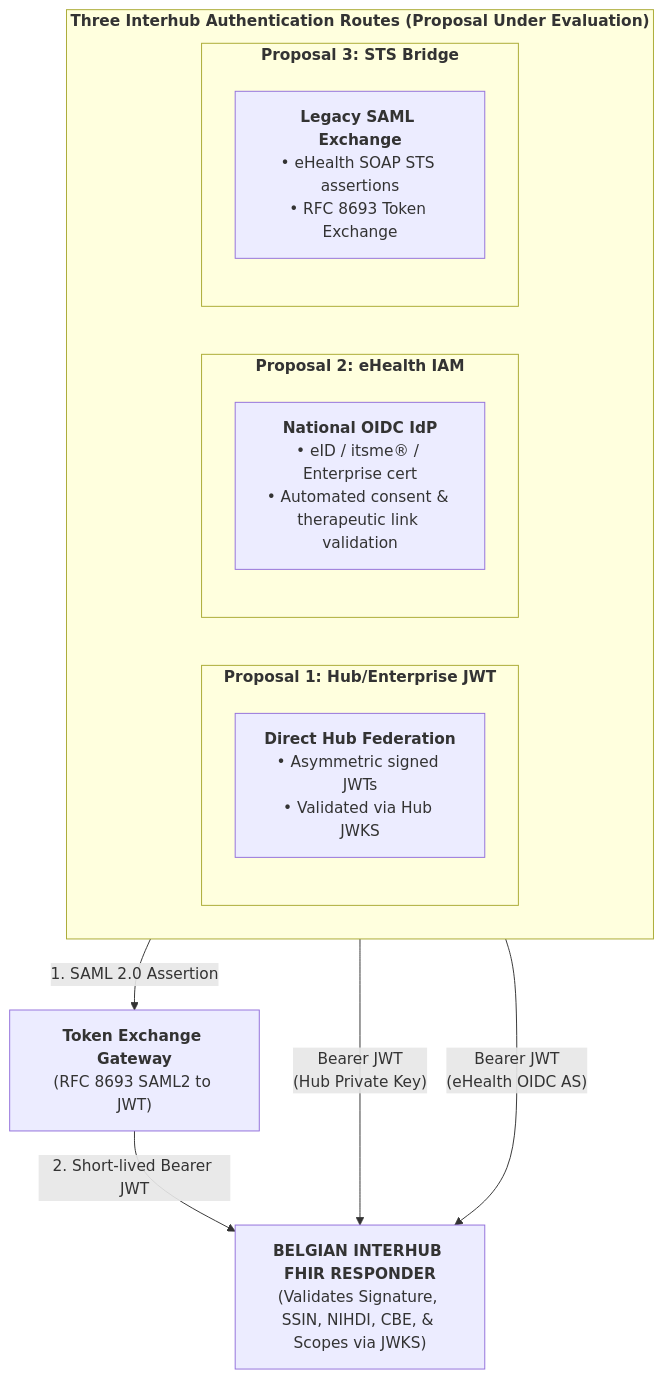
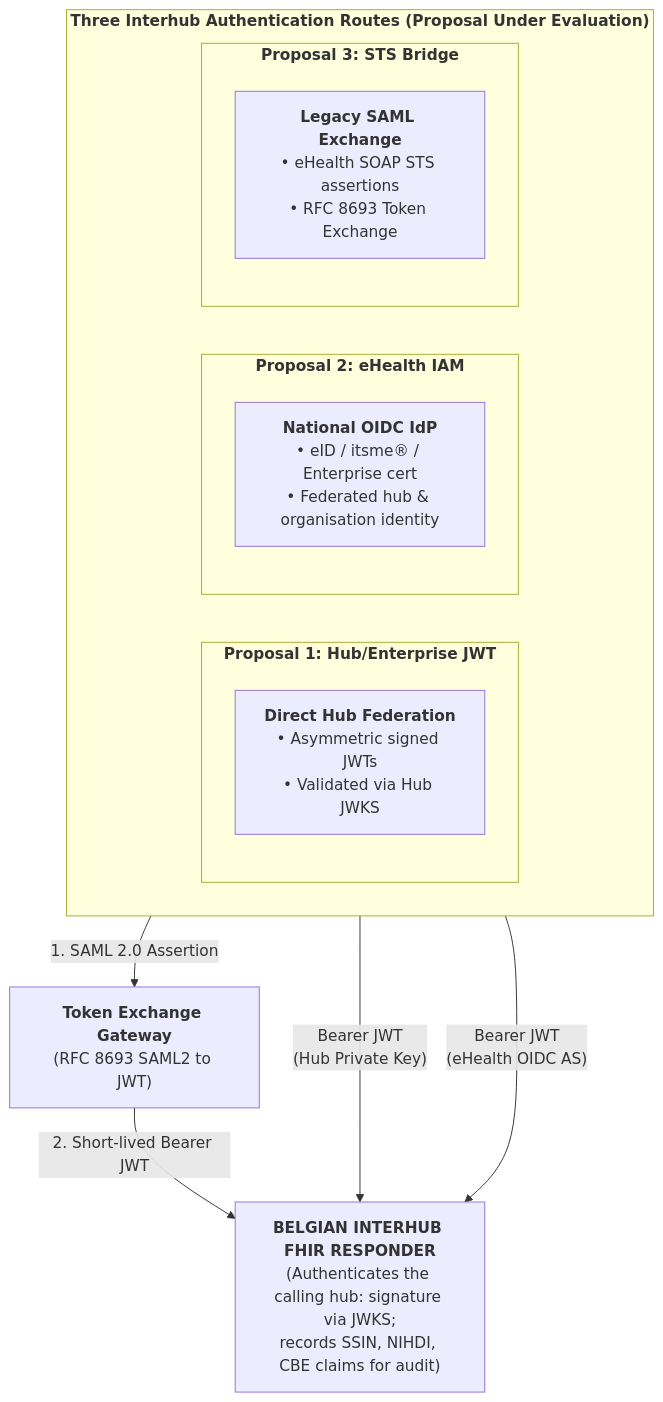
One commit to Erwin-Bellon/hubsharing changed the second of 5 diagrams in input/pagecontent/security.md. Above: the diagram before and after it, drawn with Mermaid. The commit also changed other lines of this file and 17 other files, not shown here.

Commit message:
Interhub spec FHIR spec, draft 3

````diff
--- a/input/pagecontent/security.md
+++ b/input/pagecontent/security.md
@@ -22,22 +56,22 @@
 ```mermaid
 flowchart TD
     subgraph Routes["<b>Three Interhub Authentication Routes (Proposal Under Evaluation)</b>"]
         direction LR
         subgraph Route1["<b>Proposal 1: Hub/Enterprise JWT</b>"]
             R1["<b>Direct Hub Federation</b><br/>• Asymmetric signed JWTs<br/>• Validated via Hub JWKS"]
         end
         subgraph Route2["<b>Proposal 2: eHealth IAM</b>"]
-            R2["<b>National OIDC IdP</b><br/>• eID / itsme® / Enterprise cert<br/>• Automated consent & therapeutic link validation"]
+            R2["<b>National OIDC IdP</b><br/>• eID / itsme® / Enterprise cert<br/>• Federated hub & organisation identity"]
         end
         subgraph Route3["<b>Proposal 3: STS Bridge</b>"]
             R3["<b>Legacy SAML Exchange</b><br/>• eHealth SOAP STS assertions<br/>• RFC 8693 Token Exchange"]
         end
     end
 
-    Responder["<b>BELGIAN INTERHUB FHIR RESPONDER</b><br/>(Validates Signature, SSIN, NIHDI, CBE, & Scopes via JWKS)"]
+    Responder["<b>BELGIAN INTERHUB FHIR RESPONDER</b><br/>(Authenticates the calling hub: signature via JWKS;<br/>records SSIN, NIHDI, CBE claims for audit)"]
 
     Route1 -->|"Bearer JWT<br/>(Hub Private Key)"| Responder
     Route2 -->|"Bearer JWT<br/>(eHealth OIDC AS)"| Responder
     Route3 -->|"1. SAML 2.0 Assertion"| TokenGateway["<b>Token Exchange Gateway</b><br/>(RFC 8693 SAML2 to JWT)"]
     TokenGateway -->|"2. Short-lived Bearer JWT"| Responder
 ```
````
